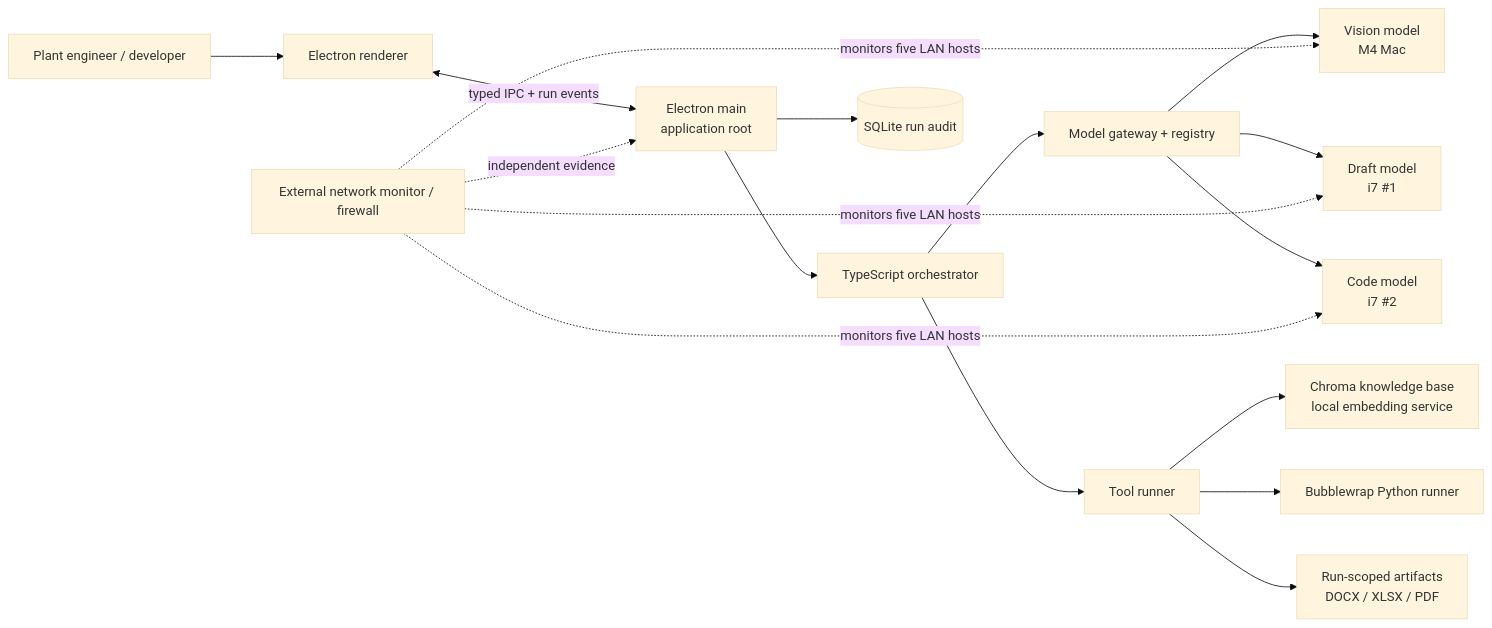
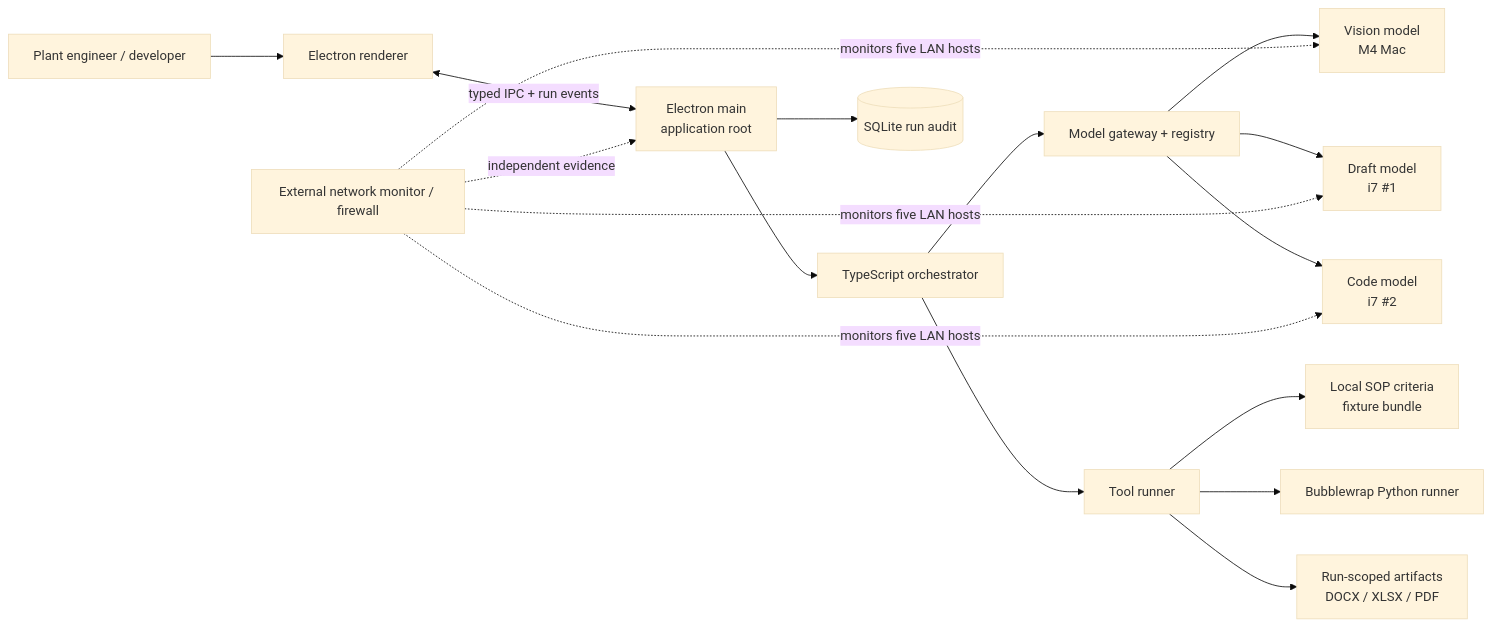
Before and after one commit to BITverse-24/local-workbench: the diagram in docs/architecture/README.md, drawn with Mermaid (base theme). The commit also changed other lines of this file and 39 other files, not shown here.

Commit message:
fix: Remove current flow A

````diff
--- a/docs/architecture/README.md
+++ b/docs/architecture/README.md
@@ -31,19 +31,19 @@
 ```mermaid
 flowchart LR
     U[Plant engineer / developer] --> R[Electron renderer]
     R <-->|typed IPC + run events| M[Electron main<br/>application root]
     M --> O[TypeScript orchestrator]
     O --> G[Model gateway + registry]
     G --> V[Vision model<br/>M4 Mac]
     G --> D[Draft model<br/>i7 #1]
     G --> C[Code model<br/>i7 #2]
     O --> T[Tool runner]
-    T --> K[Chroma knowledge base<br/>local embedding service]
+    T --> K[Local SOP criteria<br/>fixture bundle]
     T --> S[Bubblewrap Python runner]
     T --> A[Run-scoped artifacts<br/>DOCX / XLSX / PDF]
     M --> Q[(SQLite run audit)]
     X[External network monitor / firewall] -. independent evidence .-> M
     X -. monitors five LAN hosts .-> V
     X -. monitors five LAN hosts .-> D
     X -. monitors five LAN hosts .-> C
 ```
````
